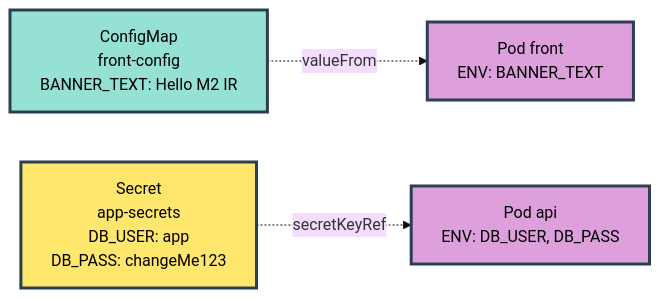
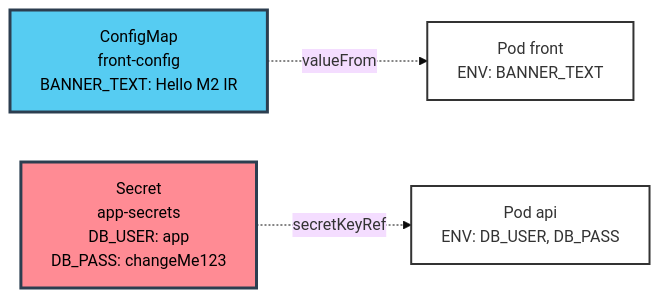
The sixth of 9 diagrams in docs/ARCHITECTURE.md (MPFabio/S4-Ingress-TLS-Config-Secrets), drawn with Mermaid (base theme) before and after one commit. The commit also changed other lines of this file, not shown here.

Commit message:
Application couleurs modernes sur ARCHITECTURE.md S4

````diff
--- a/docs/ARCHITECTURE.md
+++ b/docs/ARCHITECTURE.md
@@ -165,11 +149,11 @@
 ```mermaid
 flowchart LR
     CM["ConfigMap<br/>front-config<br/>BANNER_TEXT: Hello M2 IR"] -.valueFrom.-> PF["Pod front<br/>ENV: BANNER_TEXT"]
     
     S["Secret<br/>app-secrets<br/>DB_USER: app<br/>DB_PASS: changeMe123"] -.secretKeyRef.-> PA["Pod api<br/>ENV: DB_USER, DB_PASS"]
     
-    style CM fill:#95E1D3,stroke:#2C3E50,stroke-width:3px,color:#000
-    style S fill:#FFE66D,stroke:#2C3E50,stroke-width:3px,color:#000
-    style PF fill:#DDA0DD,stroke:#2C3E50,stroke-width:3px,color:#000
-    style PA fill:#DDA0DD,stroke:#2C3E50,stroke-width:3px,color:#000
+    style CM fill:#56CCF2,stroke:#2C3E50,stroke-width:3px,color:#000
+    style S fill:#FF8B94,stroke:#2C3E50,stroke-width:3px,color:#000
+    style PF fill:#fff,stroke:#333,stroke-width:2px
+    style PA fill:#fff,stroke:#333,stroke-width:2px
 ```
````
